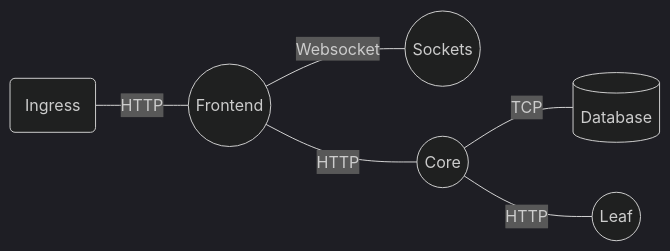
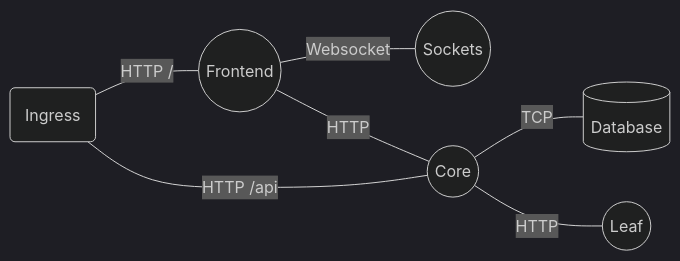
Before and after one commit to c6o/docs: the diagram in docs/tutorials/_fragments/architecture.md, drawn with Mermaid (dark theme). The commit also changed 14 other files, not shown here.

````diff
--- a/docs/tutorials/_fragments/architecture.md
+++ b/docs/tutorials/_fragments/architecture.md
@@ -1,8 +1,9 @@
 ```mermaid
 flowchart LR
-    User(Ingress) --- |HTTP| Frontend((Frontend))
+    User(Ingress) --- |HTTP /| Frontend((Frontend))
     Frontend ---|Websocket| Sockets((Sockets))
     Frontend --- |HTTP|Core((Core))
     Core ---|TCP| Database[(Database)]
     Core ---|HTTP| Leaf((Leaf))
+    User --- |HTTP /api| Core
 ```
````
